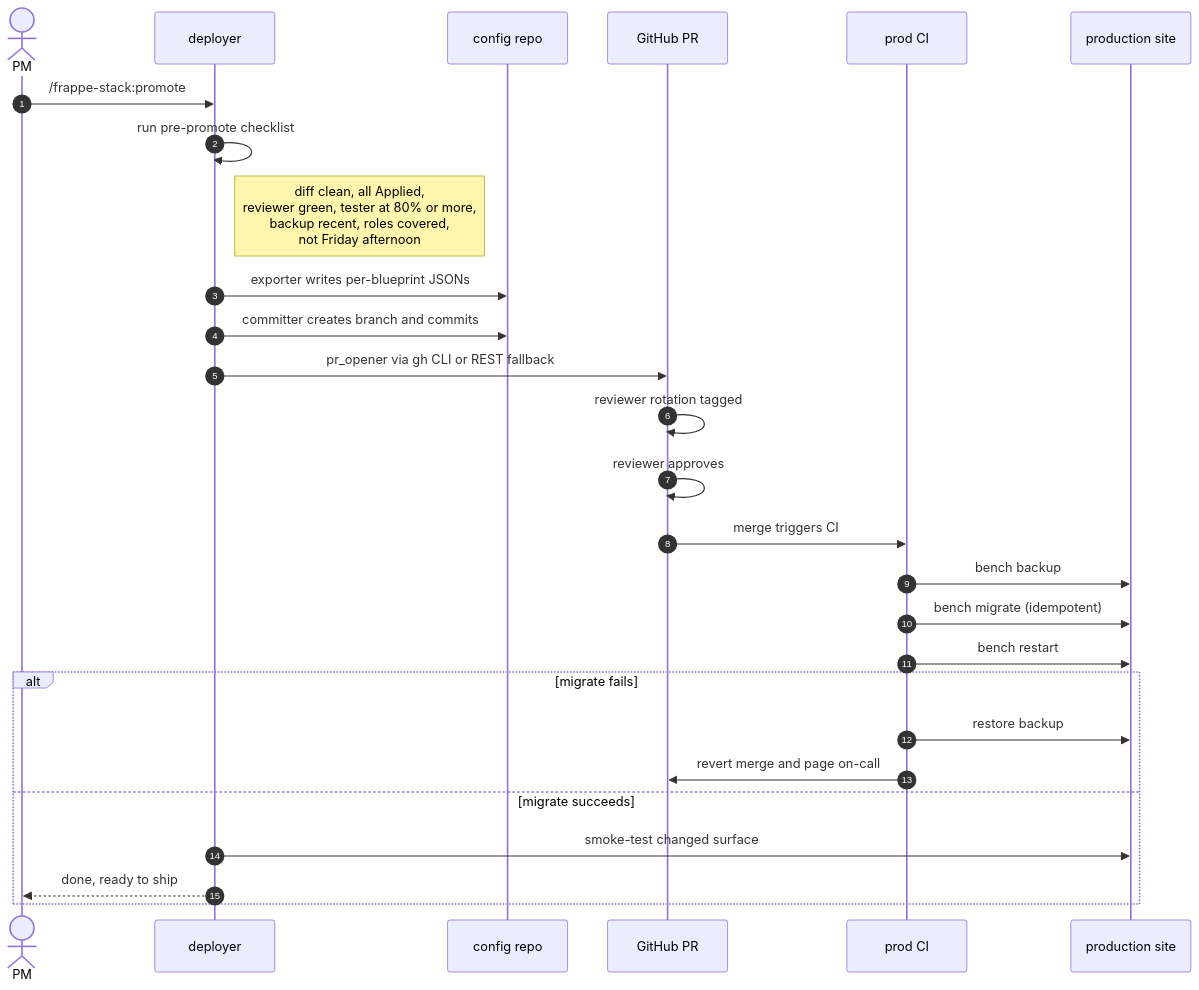
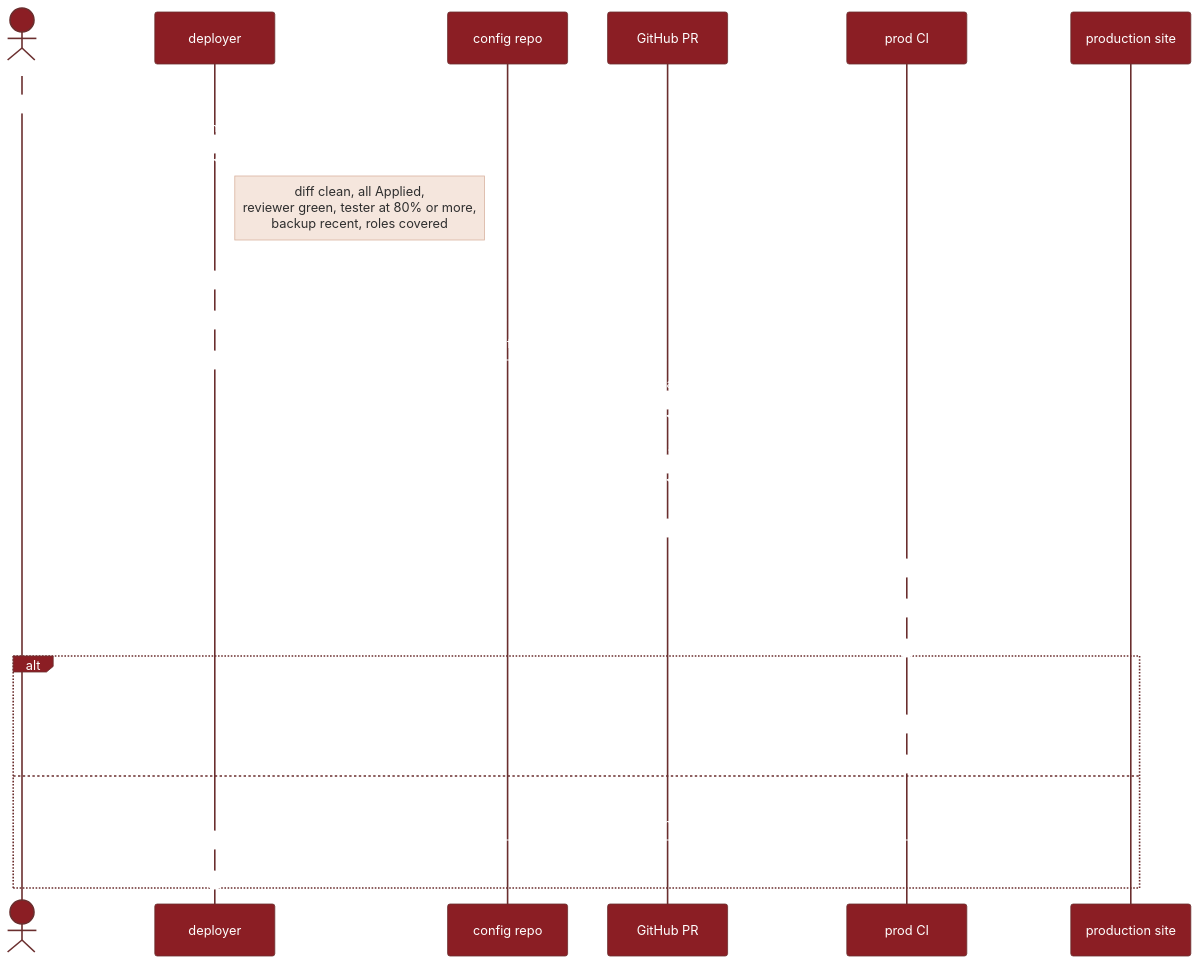
The second of 2 diagrams in docs/architecture.md (dhwani-ris/frappe-stack), drawn with Mermaid before and after one commit. The commit also changed other lines of this file and 2 other files, not shown here.

````diff
--- a/docs/architecture.md
+++ b/docs/architecture.md
@@ -86,30 +106,49 @@
 ```mermaid
+%%{init: {
+  'theme': 'base',
+  'themeVariables': {
+    'primaryColor': '#8B1E24',
+    'primaryTextColor': '#ffffff',
+    'primaryBorderColor': '#6A2E2E',
+    'lineColor': '#9E2A2F',
+    'secondaryColor': '#F5E6DD',
+    'actorBkg': '#8B1E24',
+    'actorTextColor': '#ffffff',
+    'actorLineColor': '#6A2E2E',
+    'noteBkgColor': '#F5E6DD',
+    'noteTextColor': '#2E2E2E',
+    'noteBorderColor': '#D9B3A0',
+    'sequenceNumberColor': '#ffffff',
+    'fontFamily': 'Inter, system-ui, sans-serif',
+    'fontSize': '14px'
+  }
+}}%%
 sequenceDiagram
     autonumber
     actor PM
     participant Dep as deployer
     participant Repo as config repo
     participant GH as GitHub PR
     participant CI as prod CI
     participant Prod as production site
 
     PM->>Dep: /frappe-stack:promote
     Dep->>Dep: run pre-promote checklist
-    Note right of Dep: diff clean, all Applied,<br>reviewer green, tester at 80% or more,<br>backup recent, roles covered,<br>not Friday afternoon
+    Note right of Dep: diff clean, all Applied,<br>reviewer green, tester at 80% or more,<br>backup recent, roles covered
     Dep->>Repo: exporter writes per-blueprint JSONs
     Dep->>Repo: committer creates branch and commits
     Dep->>GH: pr_opener via gh CLI or REST fallback
     GH->>GH: reviewer rotation tagged
     GH->>GH: reviewer approves
     GH->>CI: merge triggers CI
     CI->>Prod: bench backup
     CI->>Prod: bench migrate (idempotent)
     CI->>Prod: bench restart
     alt migrate fails
         CI->>Prod: restore backup
         CI->>GH: revert merge and page on-call
     else migrate succeeds
         Dep->>Prod: smoke-test changed surface
         Dep-->>PM: done, ready to ship
     end
 ```
````
